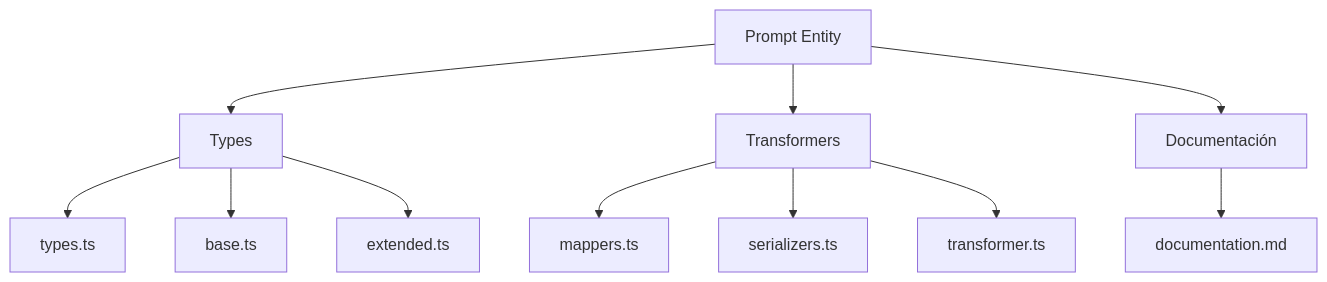
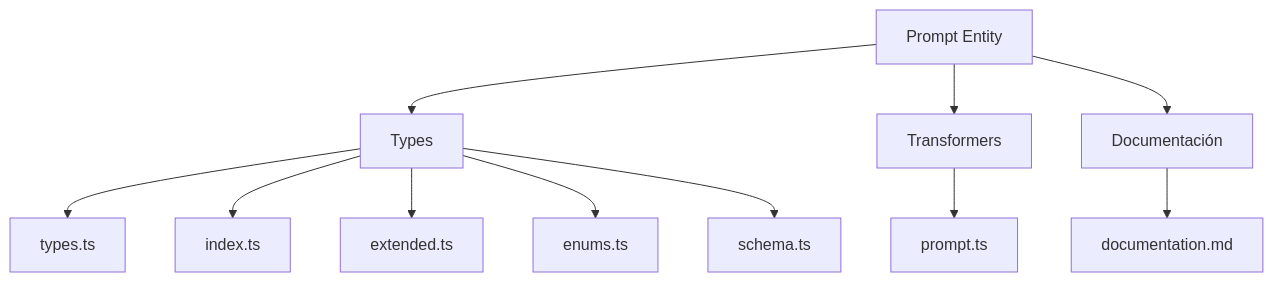
The first of 2 diagrams in src/types/entities/prompt/documentation.md (gvastethecreator/media-manager), drawn with Mermaid before and after one commit. The commit also changed other lines of this file and 207 other files, not shown here.

````diff
--- a/src/types/entities/prompt/documentation.md
+++ b/src/types/entities/prompt/documentation.md
@@ -9,13 +9,13 @@
 ```mermaid
 graph TD
     A[Prompt Entity] --> B[Types]
     A --> C[Transformers]
     A --> D[Documentación]
     B --> B1[types.ts]
-    B --> B2[base.ts]
+    B --> B2[index.ts]
     B --> B3[extended.ts]
-    C --> C1[mappers.ts]
-    C --> C2[serializers.ts]
-    C --> C3[transformer.ts]
+    B --> B4[enums.ts]
+    B --> B5[schema.ts]
+    C --> C1[prompt.ts]
     D --> D1[documentation.md]
 ```
````
